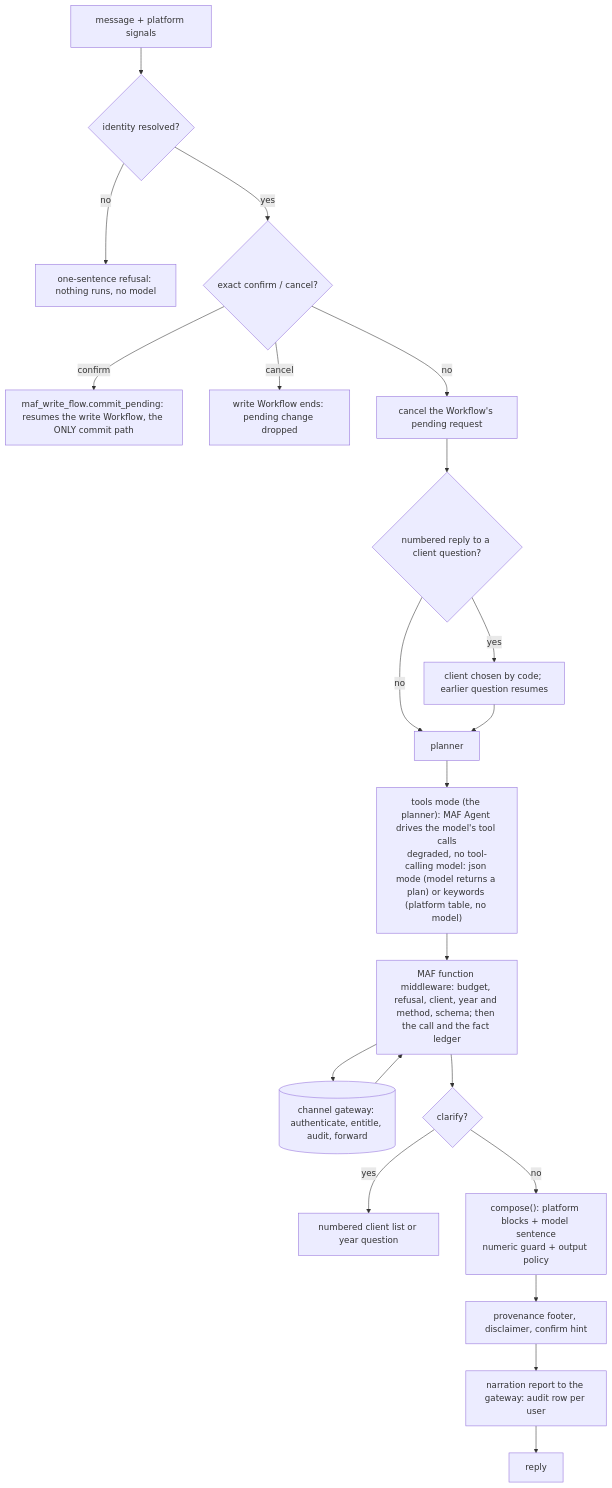
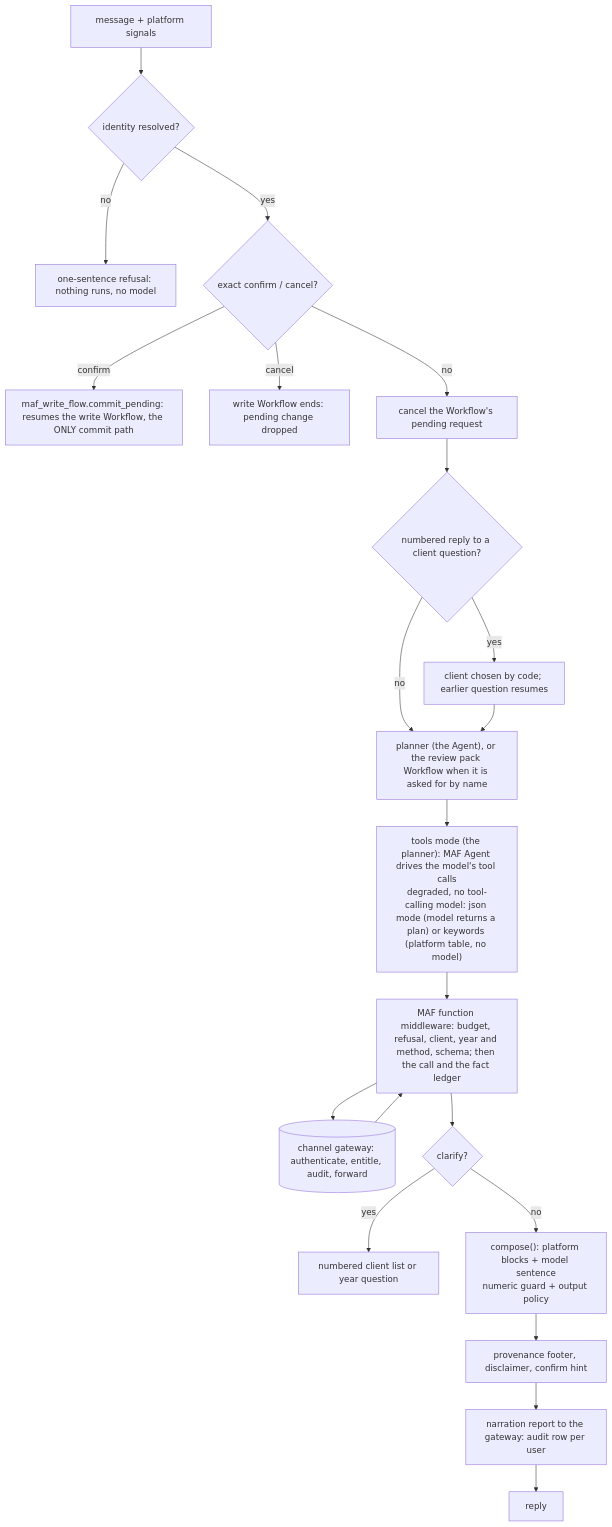
Before and after one commit to jamesiford/tax-credit-copilot-public: the first of 3 diagrams in docs/m365-channel/ORCHESTRATOR.md, drawn with Mermaid. The commit also changed other lines of this file and 8 other files, not shown here.

Commit message:
feat(RM-10c): the client review pack is a MAF Workflow over the catalog's capabilities, reached by routing

````diff
--- a/docs/m365-channel/ORCHESTRATOR.md
+++ b/docs/m365-channel/ORCHESTRATOR.md
@@ -12,23 +12,23 @@
 ```mermaid
 flowchart TD
     M[message + platform signals] --> I{identity resolved?}
     I -- no --> R1[one-sentence refusal: nothing runs, no model]
     I -- yes --> C{exact confirm / cancel?}
     C -- confirm --> W[maf_write_flow.commit_pending: resumes the write Workflow, the ONLY commit path]
     C -- cancel --> R2[write Workflow ends: pending change dropped]
     C -- no --> D[cancel the Workflow's pending request]
     D --> N{numbered reply to a client question?}
     N -- yes --> S[client chosen by code; earlier question resumes]
     N -- no --> P
-    S --> P[planner]
+    S --> P["planner (the Agent), or the review pack Workflow when it is asked for by name"]
     P --> T["tools mode (the planner): MAF Agent drives the model's tool calls\ndegraded, no tool-calling model: json mode (model returns a plan) or keywords (platform table, no model)"]
     T --> TR["MAF function middleware: budget, refusal, client, year and method, schema; then the call and the fact ledger"]
     TR --> G[(channel gateway: authenticate, entitle, audit, forward)]
     G --> TR
     TR --> Q{clarify?}
     Q -- yes --> R3[numbered client list or year question]
     Q -- no --> K["compose(): platform blocks + model sentence\nnumeric guard + output policy"]
     K --> F[provenance footer, disclaimer, confirm hint]
     F --> A[narration report to the gateway: audit row per user]
     A --> OUT[reply]
 ```
````
